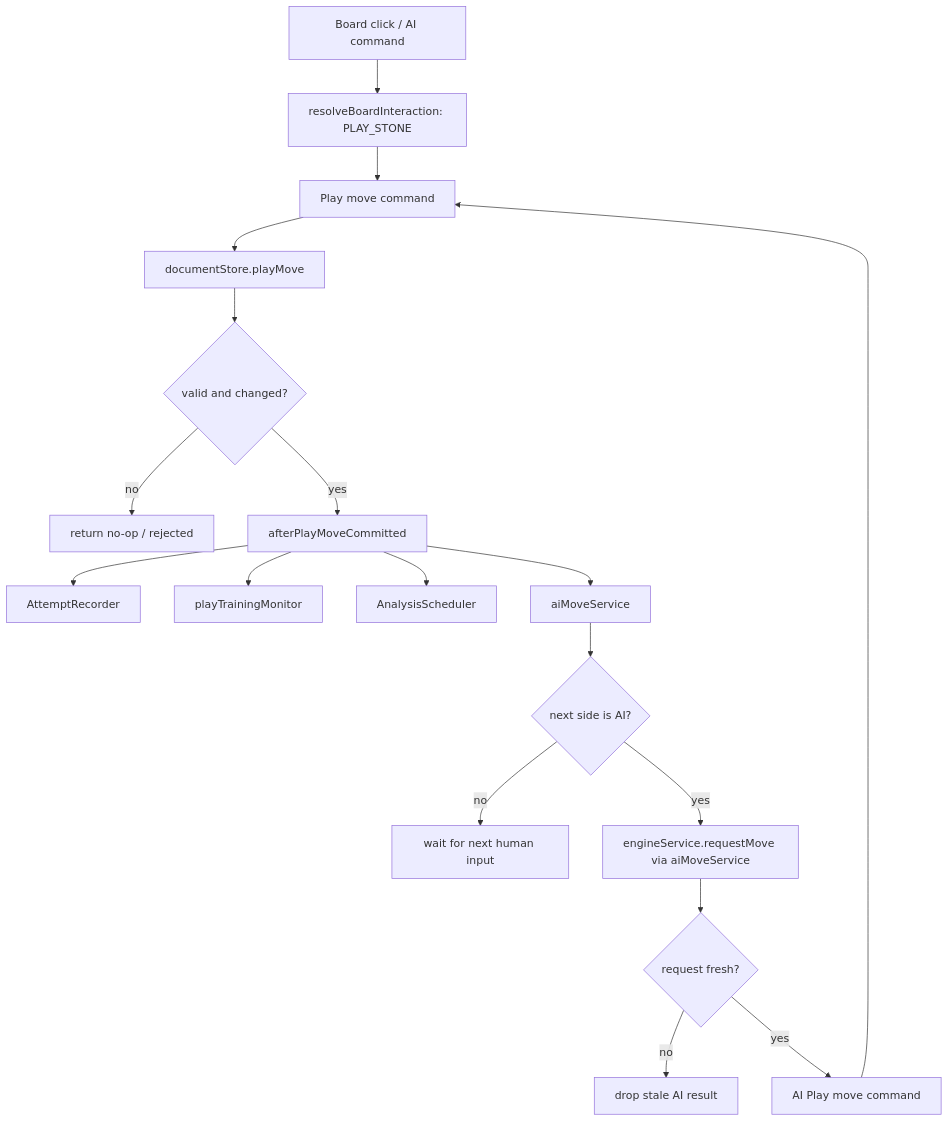
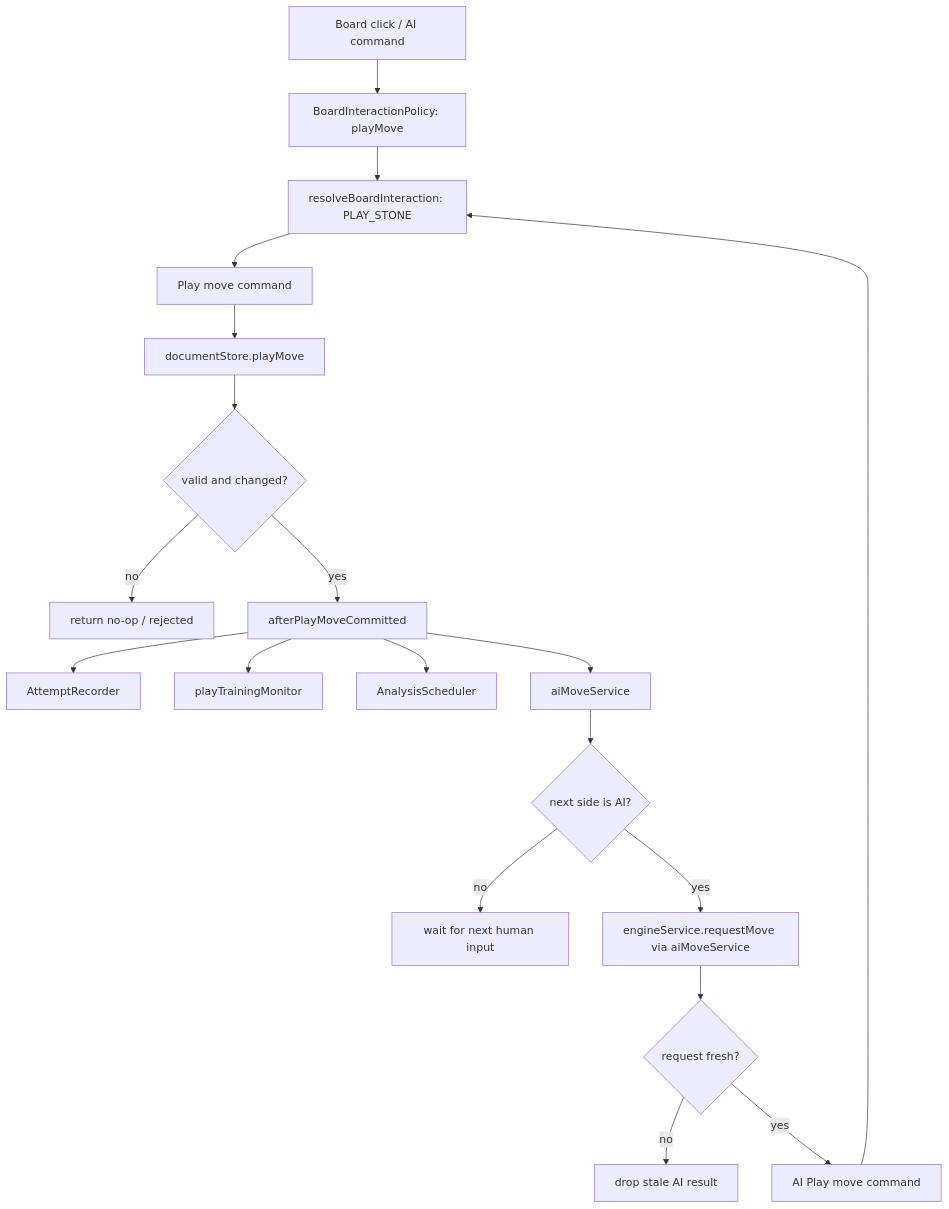
One commit to Gaogao417/Sabaki changed the first of 4 diagrams in docs/design/play-move-committed-architecture.md. Above: the diagram before and after it, drawn with Mermaid. The commit also changed other lines of this file and 33 other files, not shown here.

Commit message:
Refine board interaction policy routing

````diff
--- a/docs/design/play-move-committed-architecture.md
+++ b/docs/design/play-move-committed-architecture.md
@@ -133,22 +141,23 @@
 ```mermaid
 flowchart TD
-  A["Board click / AI command"] --> B["resolveBoardInteraction: PLAY_STONE"]
-  B --> C["Play move command"]
-  C --> D["documentStore.playMove"]
+  A["Board click / AI command"] --> B["BoardInteractionPolicy: playMove"]
+  B --> C["resolveBoardInteraction: PLAY_STONE"]
+  C --> D0["Play move command"]
+  D0 --> D["documentStore.playMove"]
   D --> E{"valid and changed?"}
   E -->|no| F["return no-op / rejected"]
   E -->|yes| G["afterPlayMoveCommitted"]
 
   G --> H["AttemptRecorder"]
   G --> I["playTrainingMonitor"]
   G --> J["AnalysisScheduler"]
   G --> K["aiMoveService"]
 
   K --> L{"next side is AI?"}
   L -->|no| M["wait for next human input"]
   L -->|yes| N["engineService.requestMove via aiMoveService"]
   N --> O{"request fresh?"}
   O -->|no| P["drop stale AI result"]
   O -->|yes| Q["AI Play move command"]
   Q --> C
 ```
````
